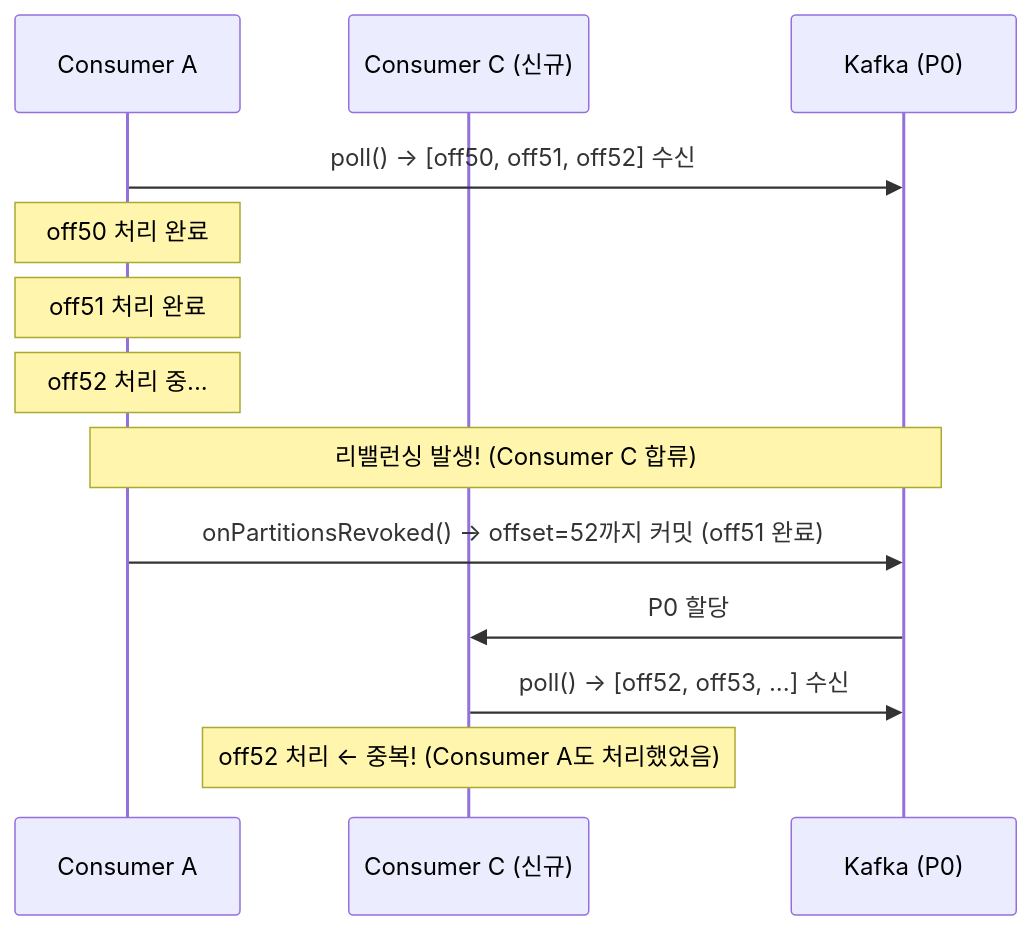
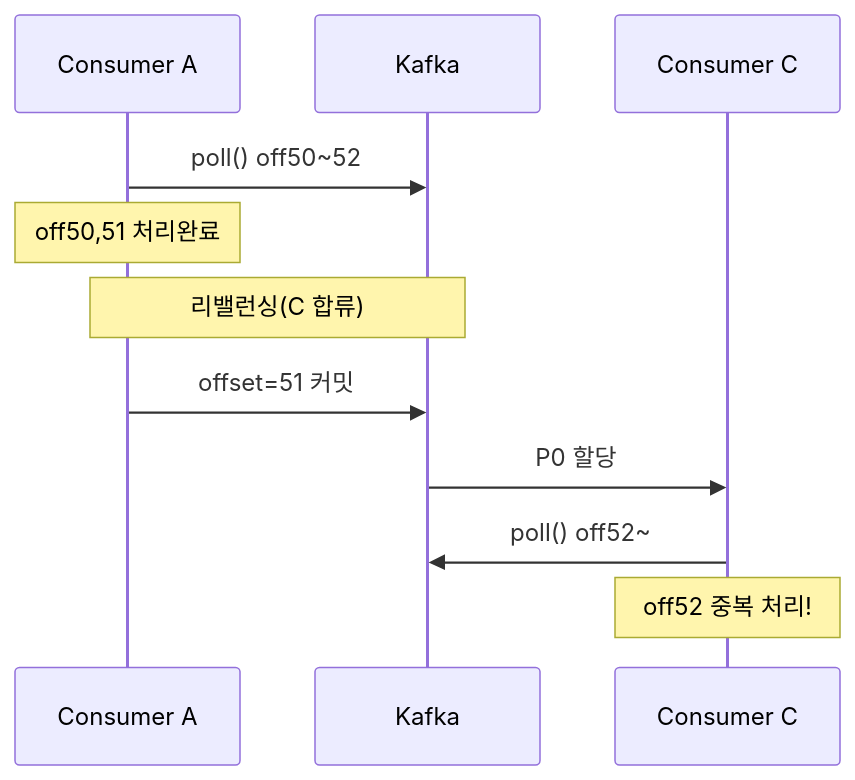
Before and after one commit to yjkim2015/yjkim2015.github.io: the fifth of 21 diagrams in _posts/kafka/2026-05-01-kafka-extreme-scenarios.md, drawn with Mermaid. The commit also changed other lines of this file and 48 other files, not shown here.

First line of the commit message:
Mermaid 최종 47건 수정: participant/노드/줄수/라벨 전부 기준 이하

````diff
--- a/_posts/kafka/2026-05-01-kafka-extreme-scenarios.md
+++ b/_posts/kafka/2026-05-01-kafka-extreme-scenarios.md
@@ -88,15 +88,13 @@
 ```mermaid
 sequenceDiagram
     participant CA as Consumer A
-    participant CB as Consumer C (신규)
-    participant K as Kafka (P0)
-    CA->>K: poll() → [off50, off51, off52] 수신
-    Note over CA: off50 처리 완료
-    Note over CA: off51 처리 완료
-    Note over CA: off52 처리 중...
-    Note over CA,K: 리밸런싱 발생! (Consumer C 합류)
-    CA->>K: onPartitionsRevoked() → offset=52까지 커밋 (off51 완료)
+    participant K as Kafka
+    participant CB as Consumer C
+    CA->>K: poll() off50~52
+    Note over CA: off50,51 처리완료
+    Note over CA,K: 리밸런싱(C 합류)
+    CA->>K: offset=51 커밋
     K->>CB: P0 할당
-    CB->>K: poll() → [off52, off53, ...] 수신
-    Note over CB: off52 처리 ← 중복! (Consumer A도 처리했었음)
+    CB->>K: poll() off52~
+    Note over CB: off52 중복 처리!
 ```
````
